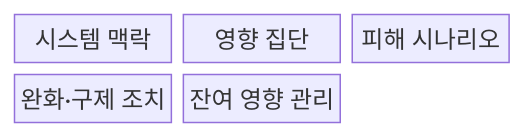
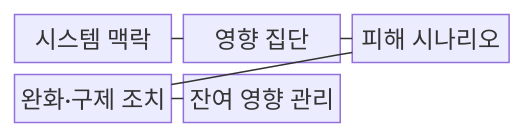
The first of 2 diagrams in src/content/docs/notes/08-latest-tech/108_ai_impact_assessment.md (agnusdei1207/knowledge-base), drawn with Mermaid before and after one commit. The commit also changed other lines of this file and 228 other files, not shown here.

````diff
--- a/src/content/docs/notes/08-latest-tech/108_ai_impact_assessment.md
+++ b/src/content/docs/notes/08-latest-tech/108_ai_impact_assessment.md
@@ -49,9 +49,13 @@
 ```mermaid
 block-beta
     columns 3
     C["시스템 맥락"]
     S["영향 집단"]
     H["피해 시나리오"]
     M["완화·구제 조치"]
     R["잔여 영향 관리"]
+    C --- S
+    S --- H
+    H --- M
+    M --- R
 ```
````
